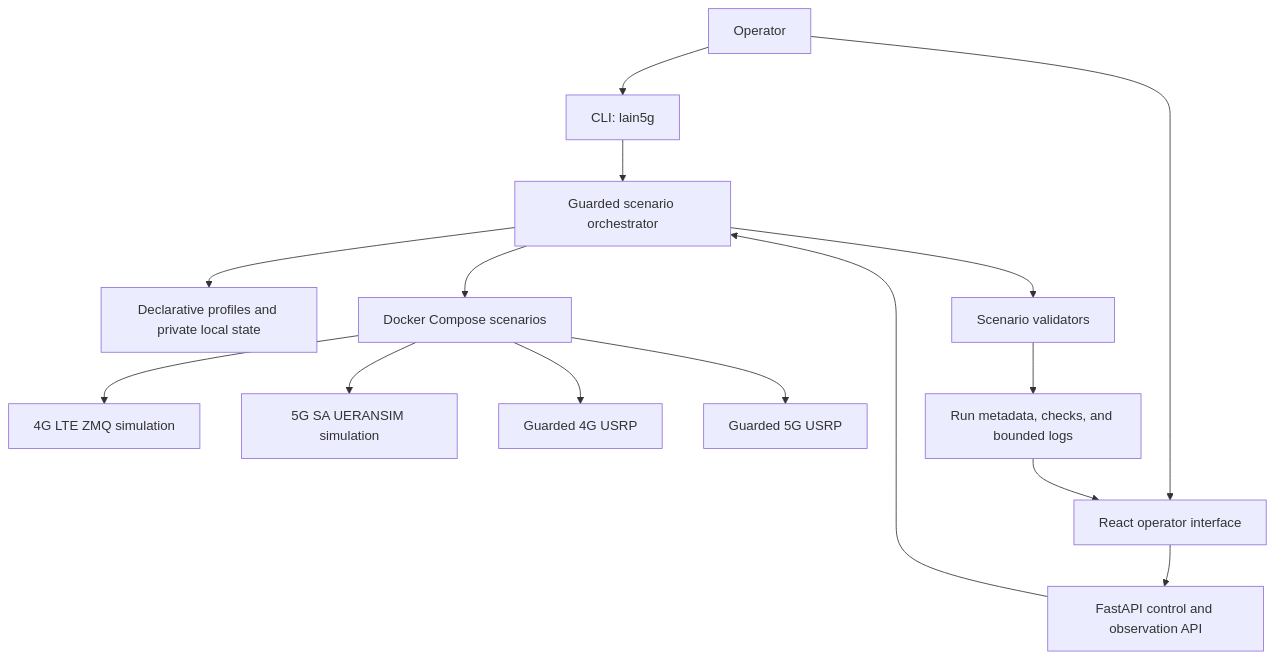
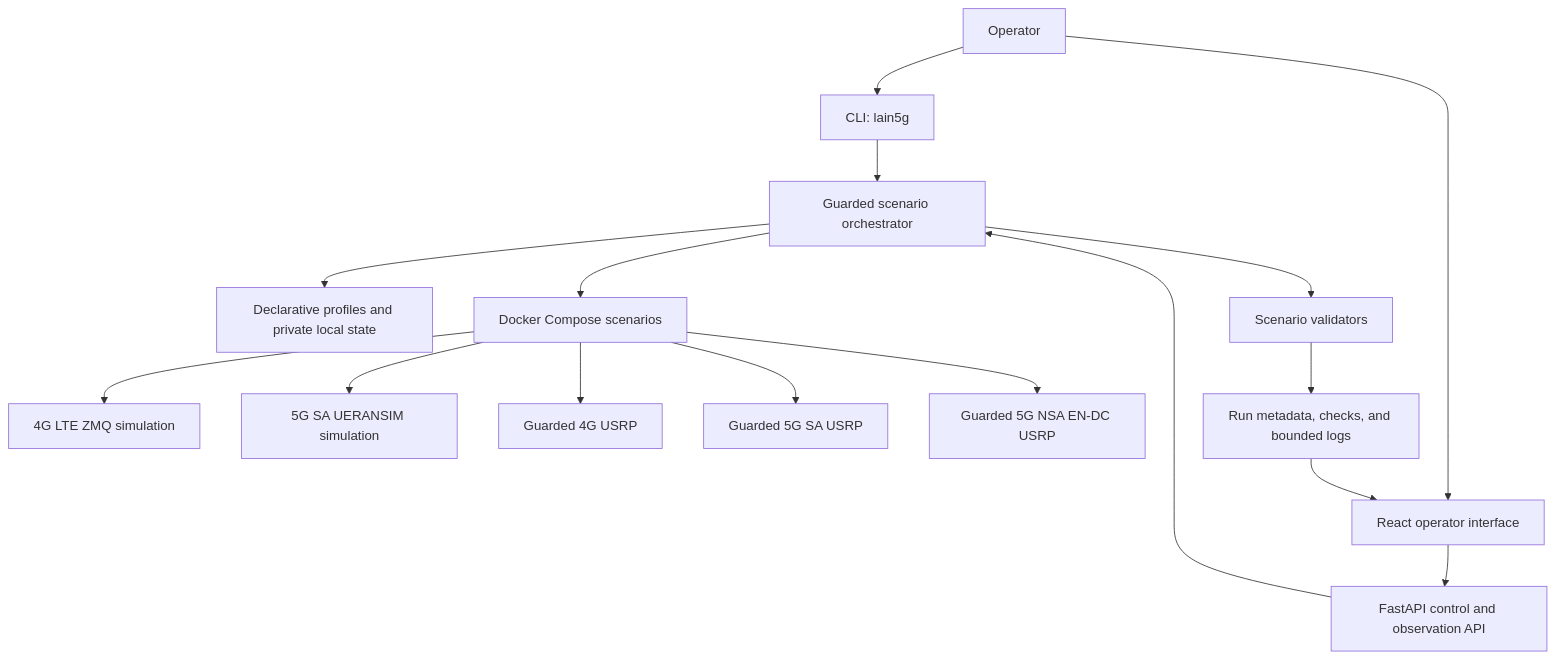
One commit to guallycanazas/Lain5G changed the second of 2 diagrams in README.md. Above: the diagram before and after it, drawn with Mermaid. The commit also changed other lines of this file and 201 other files, not shown here.

````diff
--- a/README.md
+++ b/README.md
@@ -161,17 +162,18 @@
 ```mermaid
 flowchart TB
     U[Operator] --> CLI[CLI: lain5g]
     U --> UI[React operator interface]
     UI --> API[FastAPI control and observation API]
     CLI --> O[Guarded scenario orchestrator]
     API --> O
     O --> P[Declarative profiles and private local state]
     O --> C[Docker Compose scenarios]
     C --> S4[4G LTE ZMQ simulation]
     C --> S5[5G SA UERANSIM simulation]
     C --> R4[Guarded 4G USRP]
-    C --> R5[Guarded 5G USRP]
+    C --> R5[Guarded 5G SA USRP]
+    C --> R6[Guarded 5G NSA EN-DC USRP]
     O --> V[Scenario validators]
     V --> RUNS[Run metadata, checks, and bounded logs]
     RUNS --> UI
 ```
````
